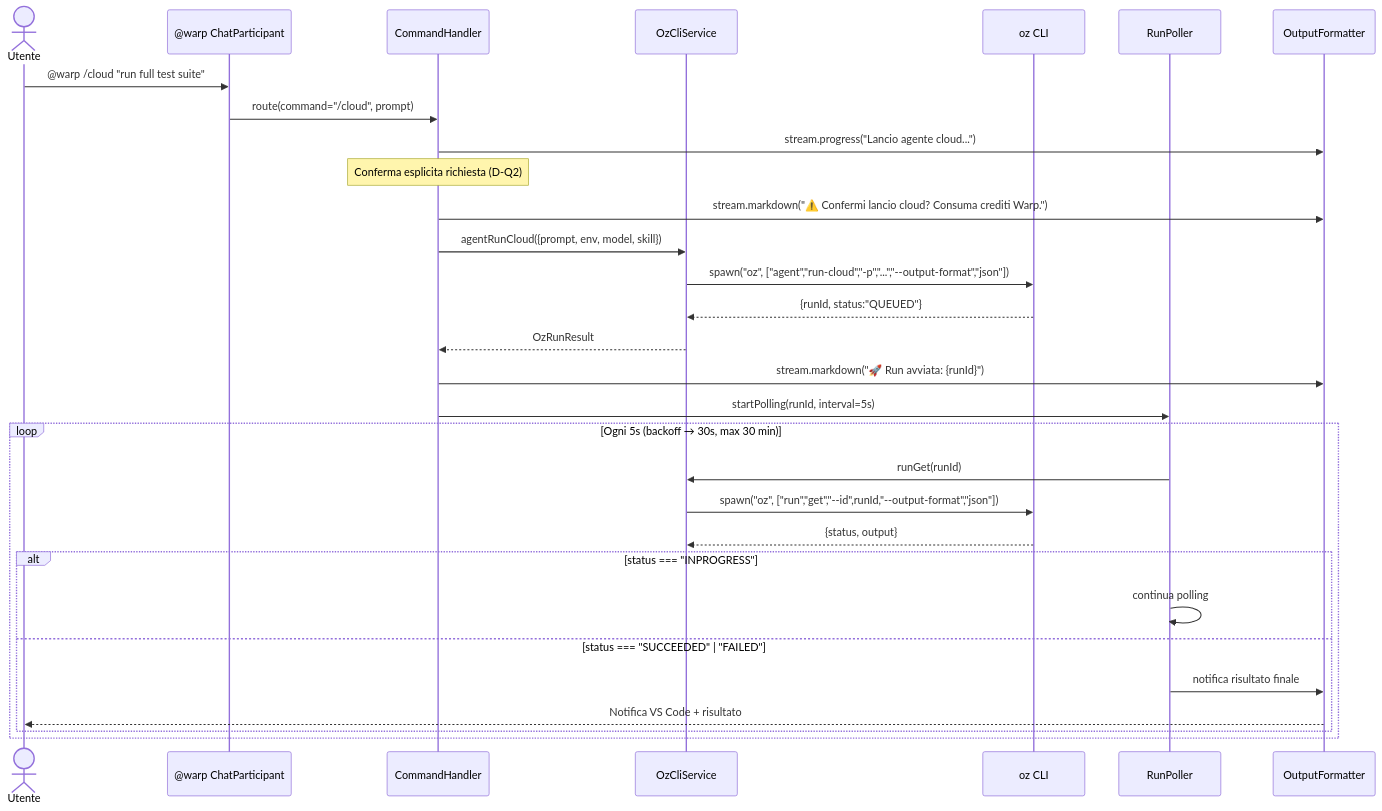
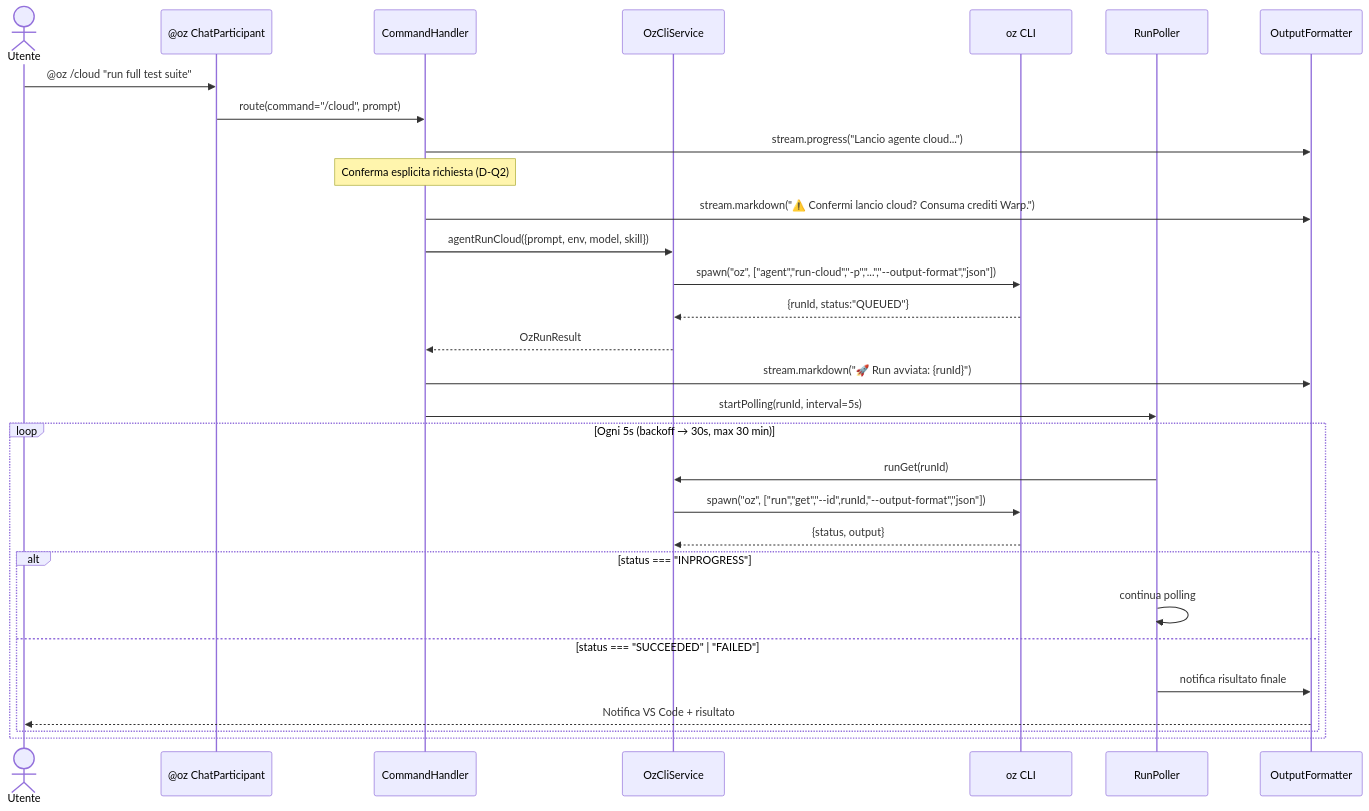
The third of 3 diagrams in docs/DESIGN.md (sena-labs/OzBridge), drawn with Mermaid before and after one commit. The commit also changed other lines of this file and 92 other files, not shown here.

````diff
--- a/docs/DESIGN.md
+++ b/docs/DESIGN.md
@@ -163,36 +163,36 @@
 ```mermaid
 sequenceDiagram
     actor U as Utente
-    participant CP as @warp ChatParticipant
+    participant CP as @oz ChatParticipant
     participant CH as CommandHandler
     participant CLI as OzCliService
     participant OZ as oz CLI
     participant POLL as RunPoller
     participant OUT as OutputFormatter
 
-    U->>CP: @warp /cloud "run full test suite"
+    U->>CP: @oz /cloud "run full test suite"
     CP->>CH: route(command="/cloud", prompt)
     CH->>OUT: stream.progress("Lancio agente cloud...")
     
     Note over CH: Conferma esplicita richiesta (D-Q2)
     CH->>OUT: stream.markdown("⚠️ Confermi lancio cloud? Consuma crediti Warp.")
     
     CH->>CLI: agentRunCloud({prompt, env, model, skill})
     CLI->>OZ: spawn("oz", ["agent","run-cloud","-p","...","--output-format","json"])
     OZ-->>CLI: {runId, status:"QUEUED"}
     CLI-->>CH: OzRunResult
     CH->>OUT: stream.markdown("🚀 Run avviata: {runId}")
     CH->>POLL: startPolling(runId, interval=5s)
 
     loop Ogni 5s (backoff → 30s, max 30 min)
         POLL->>CLI: runGet(runId)
         CLI->>OZ: spawn("oz", ["run","get","--id",runId,"--output-format","json"])
         OZ-->>CLI: {status, output}
         alt status === "INPROGRESS"
             POLL->>POLL: continua polling
         else status === "SUCCEEDED" | "FAILED"
             POLL->>OUT: notifica risultato finale
             OUT-->>U: Notifica VS Code + risultato
         end
     end
 ```
````
